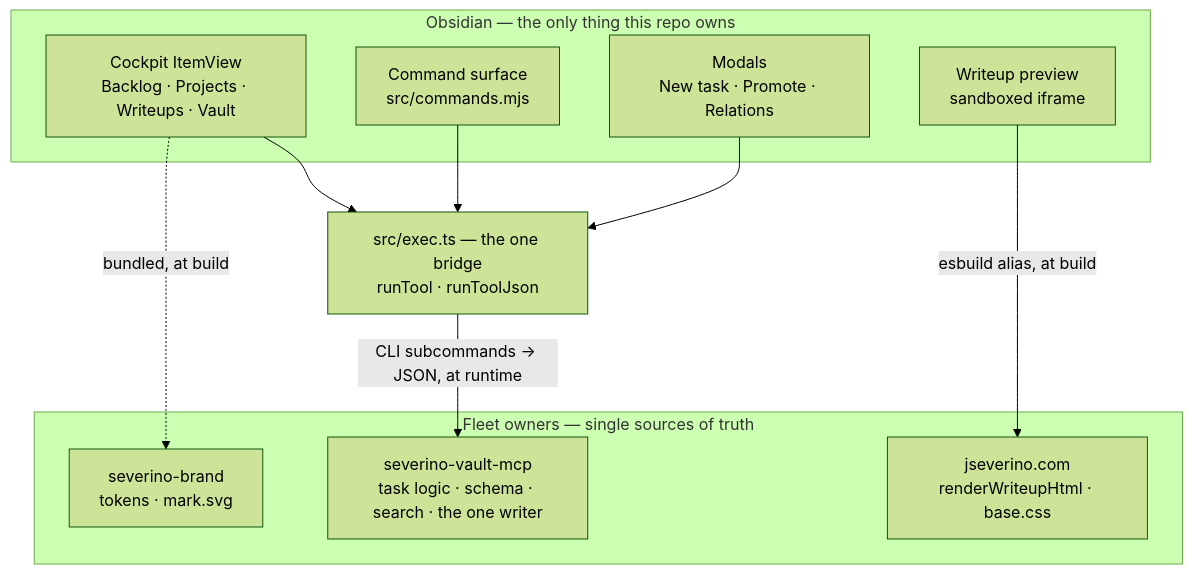
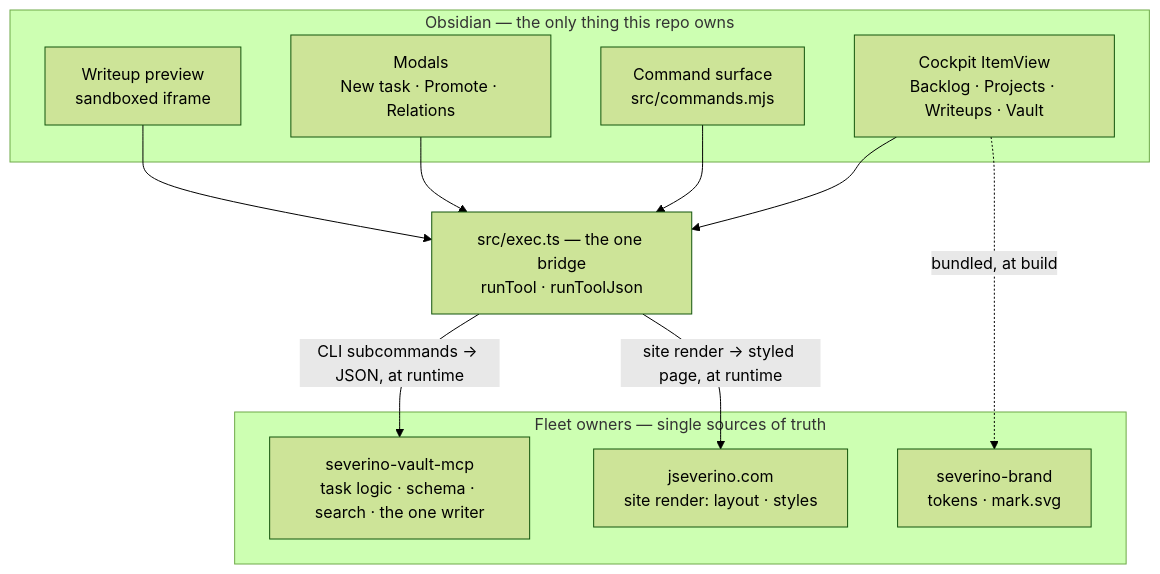
One commit to joeseverino/severino-obsidian changed the diagram in docs/diagrams/architecture.mmd. Above: the diagram before and after it, drawn with Mermaid (forest theme). The commit also changed 12 other files, not shown here.

First line of the commit message:
fix: preview is the styled page site render returns (#14)

```diff
--- a/docs/diagrams/architecture.mmd
+++ b/docs/diagrams/architecture.mmd
@@ -1,23 +1,24 @@
 flowchart TB
     subgraph editor["Obsidian — the only thing this repo owns"]
         cockpit["Cockpit ItemView<br/>Backlog · Projects · Writeups · Vault"]
         cmds["Command surface<br/>src/commands.mjs"]
         modals["Modals<br/>New task · Promote · Relations"]
         preview["Writeup preview<br/>sandboxed iframe"]
     end
 
     bridge["src/exec.ts — the one bridge<br/>runTool · runToolJson"]
 
     cockpit --> bridge
     cmds --> bridge
     modals --> bridge
+    preview --> bridge
 
     subgraph owners["Fleet owners — single sources of truth"]
         mcp["severino-vault-mcp<br/>task logic · schema · search · the one writer"]
-        site["jseverino.com<br/>renderWriteupHtml · base.css"]
+        site["jseverino.com<br/>site render: layout · styles"]
         brand["severino-brand<br/>tokens · mark.svg"]
     end
 
     bridge -->|"CLI subcommands → JSON, at runtime"| mcp
-    preview -->|"esbuild alias, at build"| site
+    bridge -->|"site render → styled page, at runtime"| site
     cockpit -.->|"bundled, at build"| brand
```
